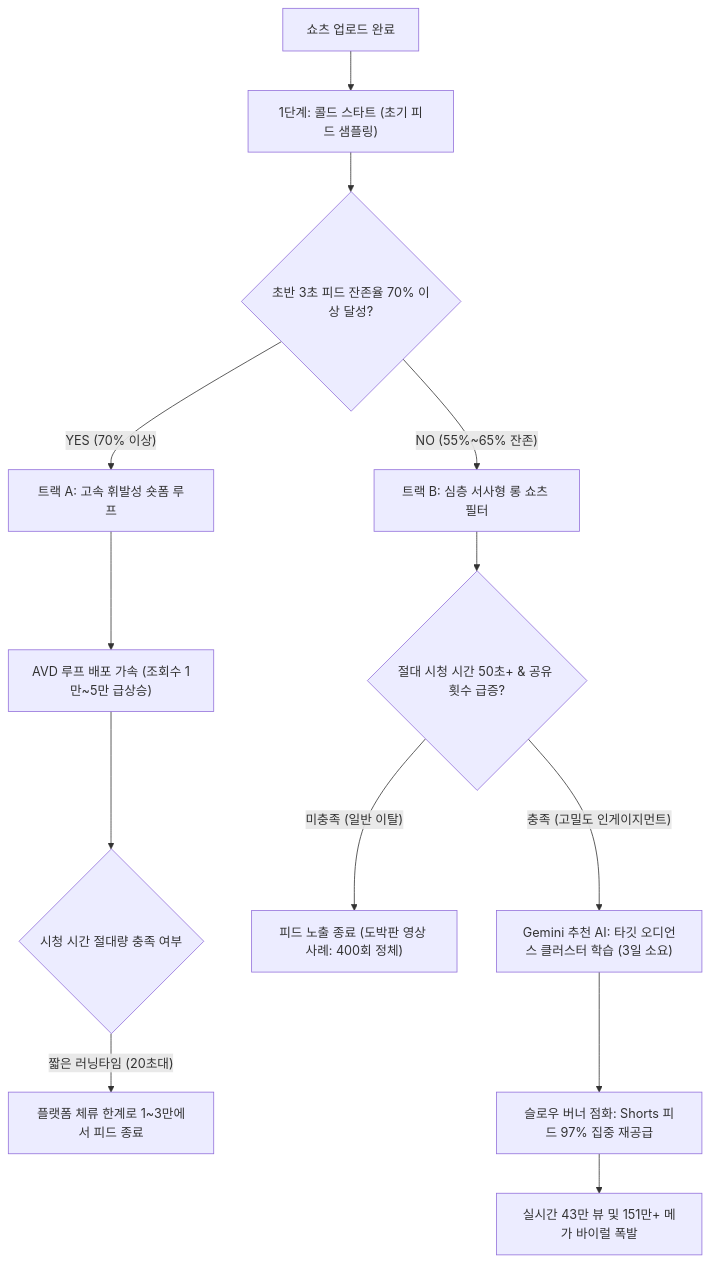
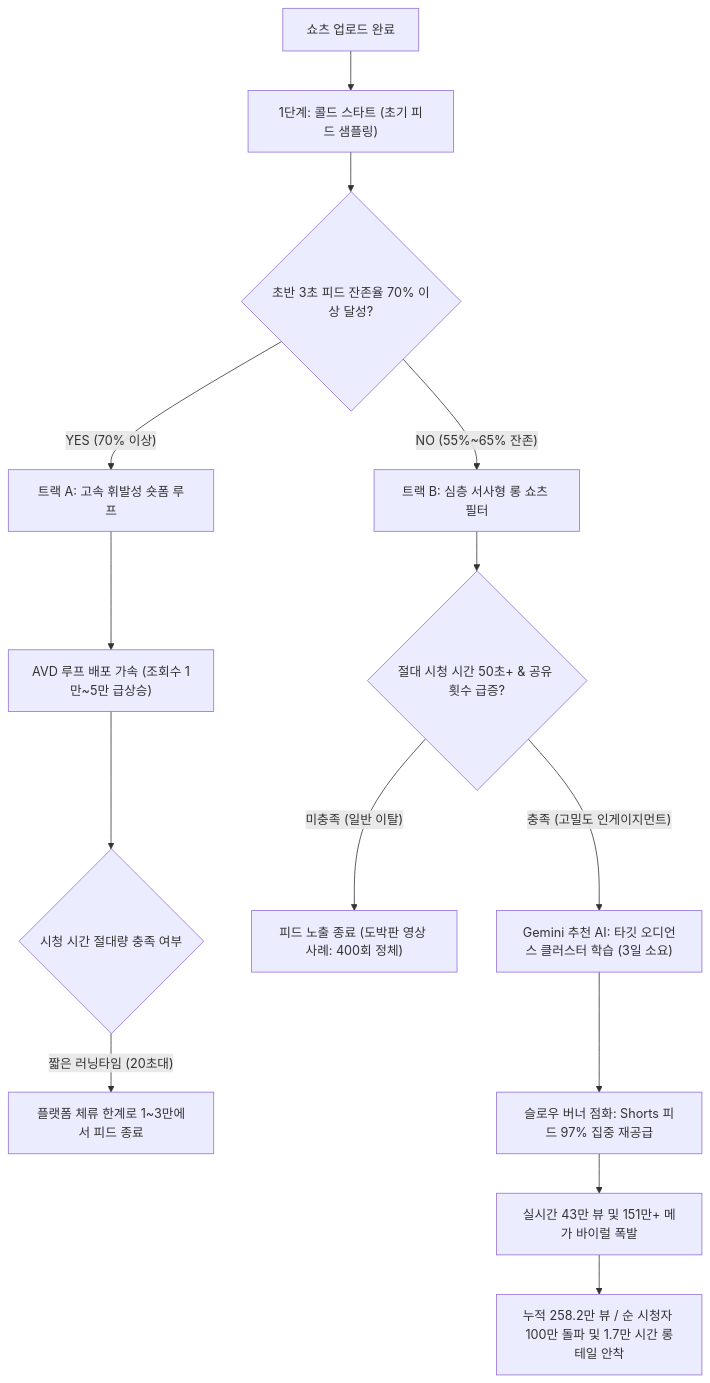
Before and after one commit to pandragun-sudo/Lumen-blog: the diagram in src/content/blog/2026-09-11-shorts-retention-vs-watch-time-share-algorithm.md, drawn with Mermaid. The commit also changed other lines of this file and 4 other files, not shown here.

````diff
--- a/src/content/blog/2026-09-11-shorts-retention-vs-watch-time-share-algorithm.md
+++ b/src/content/blog/2026-09-11-shorts-retention-vs-watch-time-share-algorithm.md
@@ -227,19 +238,20 @@
 ```mermaid
 flowchart TD
     Start["쇼츠 업로드 완료"] --> Phase1["1단계: 콜드 스타트 (초기 피드 샘플링)"]
     
     Phase1 --> DecisionA{"초반 3초 피드 잔존율 70% 이상 달성?"}
     
     DecisionA -- "YES (70% 이상)" --> PathA["트랙 A: 고속 휘발성 숏폼 루프"]
     PathA --> FastTrack["AVD 루프 배포 가속 (조회수 1만~5만 급상승)"]
     FastTrack --> EndCheckA{"시청 시간 절대량 충족 여부"}
     EndCheckA -- "짧은 러닝타임 (20초대)" --> CapA["플랫폼 체류 한계로 1~3만에서 피드 종료"]
     
     DecisionA -- "NO (55%~65% 잔존)" --> PathB["트랙 B: 심층 서사형 롱 쇼츠 필터"]
     PathB --> DeepCheck{"절대 시청 시간 50초+ & 공유 횟수 급증?"}
     
     DeepCheck -- "미충족 (일반 이탈)" --> Drop["피드 노출 종료 (도박판 영상 사례: 400회 정체)"]
     DeepCheck -- "충족 (고밀도 인게이지먼트)" --> ClusterAI["Gemini 추천 AI: 타깃 오디언스 클러스터 학습 (3일 소요)"]
     ClusterAI --> SlowBurn["슬로우 버너 점화: Shorts 피드 97% 집중 재공급"]
     SlowBurn --> MegaViral["실시간 43만 뷰 및 151만+ 메가 바이럴 폭발"]
+    MegaViral --> LongTail["누적 258.2만 뷰 / 순 시청자 100만 돌파 및 1.7만 시간 롱테일 안착"]
 ```
````
